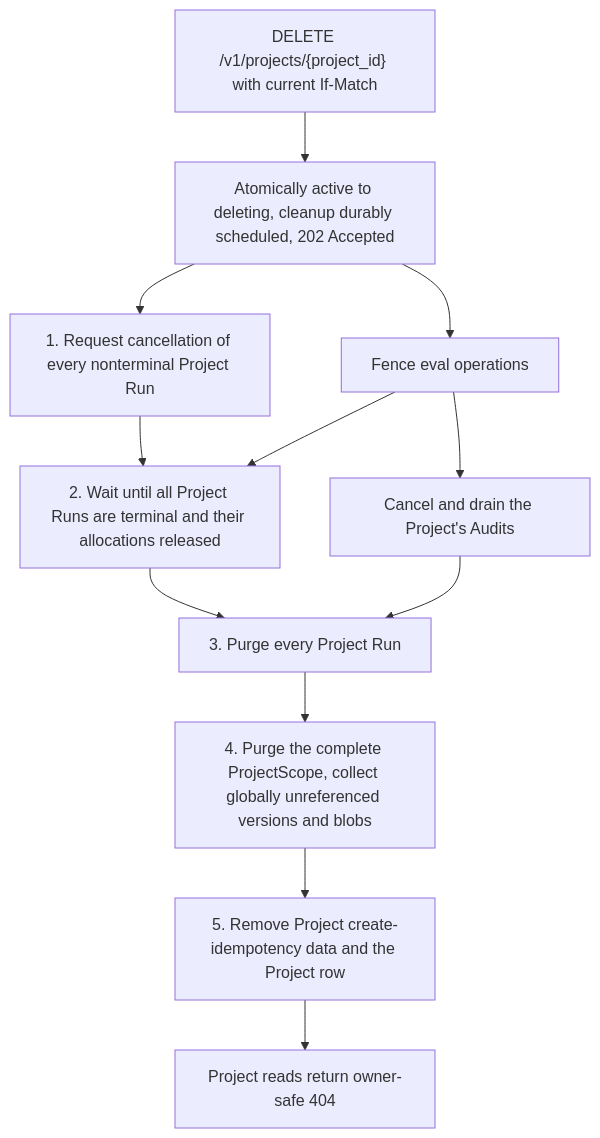
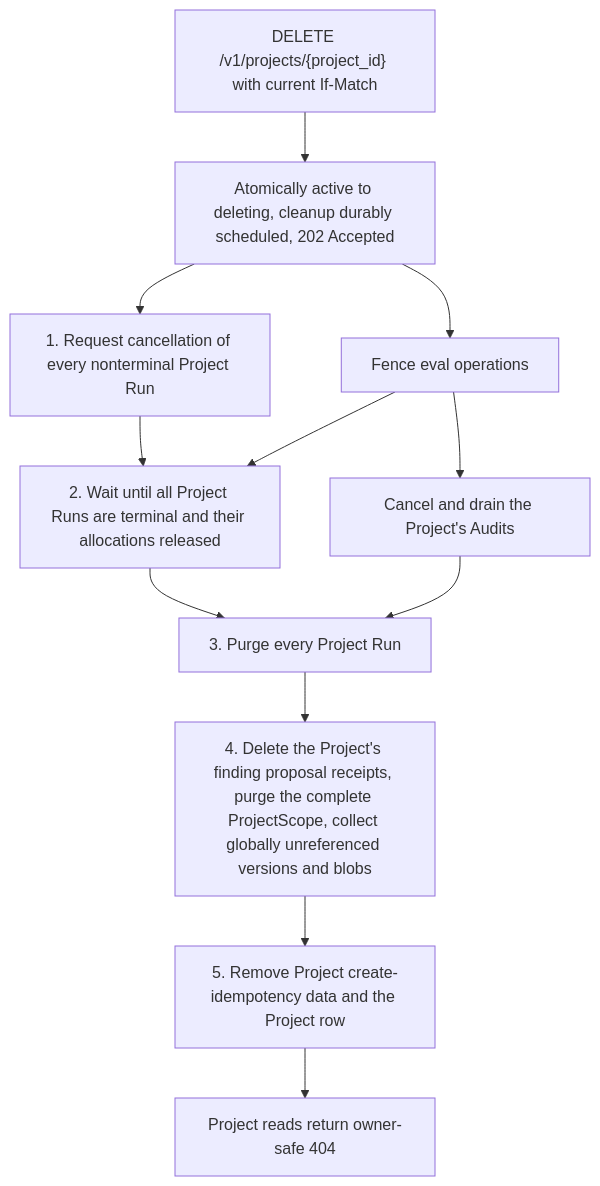
Before and after one commit to grauwolf32/contractor: the third of 3 diagrams in docs/spec/artifacts/retention-and-deletion.md, drawn with Mermaid. The commit also changed other lines of this file and 14 other files, not shown here.

First line of the commit message:
fix(findings): delete finding proposal receipts with their Project

````diff
--- a/docs/spec/artifacts/retention-and-deletion.md
+++ b/docs/spec/artifacts/retention-and-deletion.md
@@ -399,14 +424,14 @@
 ```mermaid
 flowchart TD
     A["DELETE /v1/projects/{project_id} with current If-Match"] --> B["Atomically active to deleting, cleanup durably scheduled, 202 Accepted"]
     B --> C["1. Request cancellation of every nonterminal Project Run"]
     B --> F["Fence eval operations"]
     C --> W["2. Wait until all Project Runs are terminal and their allocations released"]
     F --> W
     F --> AU["Cancel and drain the Project's Audits"]
     W --> P["3. Purge every Project Run"]
     AU --> P
-    P --> S["4. Purge the complete ProjectScope, collect globally unreferenced versions and blobs"]
+    P --> S["4. Delete the Project's finding proposal receipts, purge the complete ProjectScope, collect globally unreferenced versions and blobs"]
     S --> R["5. Remove Project create-idempotency data and the Project row"]
     R --> N["Project reads return owner-safe 404"]
 ```
````
